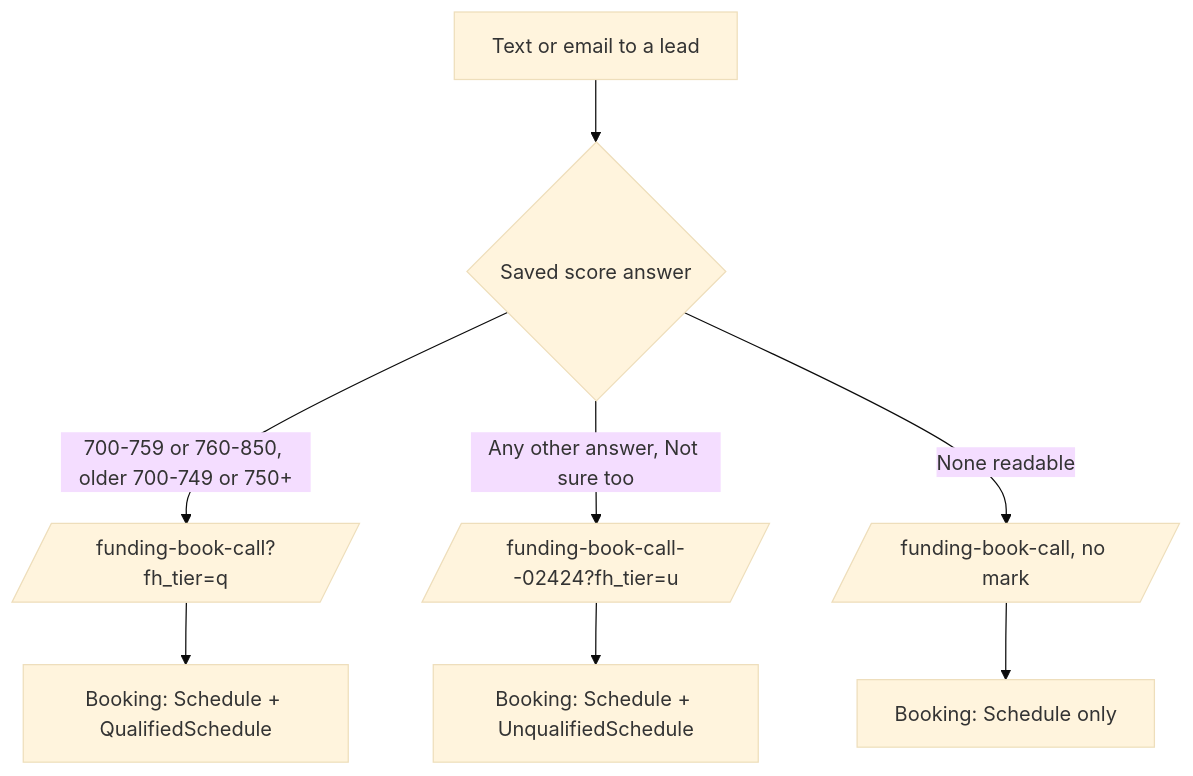
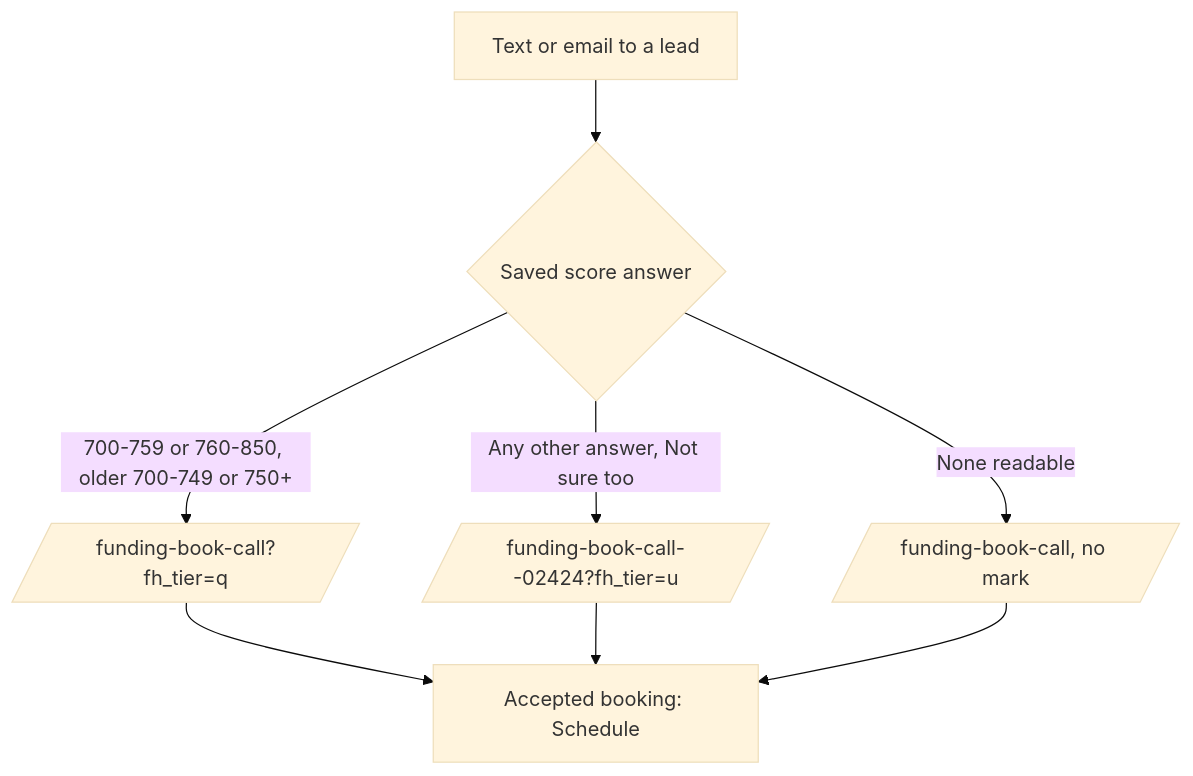
One commit to ZootimusMaximusSupreme/fundhub-platform changed the eighth of 8 diagrams in docs/journeys/booking-notifications-flow.md. Above: the diagram before and after it, drawn with Mermaid (base theme). The commit also changed other lines of this file and 52 other files, not shown here.

````diff
--- a/docs/journeys/booking-notifications-flow.md
+++ b/docs/journeys/booking-notifications-flow.md
@@ -715,10 +690,10 @@
 ```mermaid
 flowchart TD
     A[Text or email to a lead] --> B{Saved score answer}
     B -->|700-759 or 760-850, older 700-749 or 750+| C[/funding-book-call?fh_tier=q/]
     B -->|Any other answer, Not sure too| D[/funding-book-call--02424?fh_tier=u/]
     B -->|None readable| E[/funding-book-call, no mark/]
-    C --> F[Booking: Schedule + QualifiedSchedule]
-    D --> G[Booking: Schedule + UnqualifiedSchedule]
-    E --> H[Booking: Schedule only]
+    C --> F[Accepted booking: Schedule]
+    D --> F
+    E --> F
 ```
````
